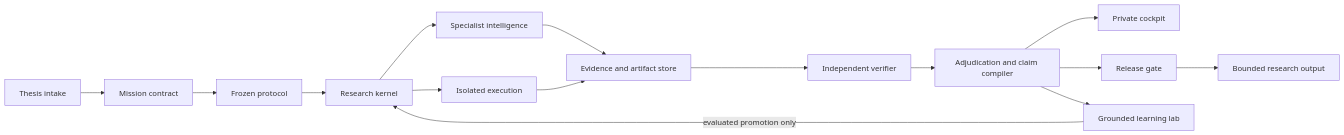
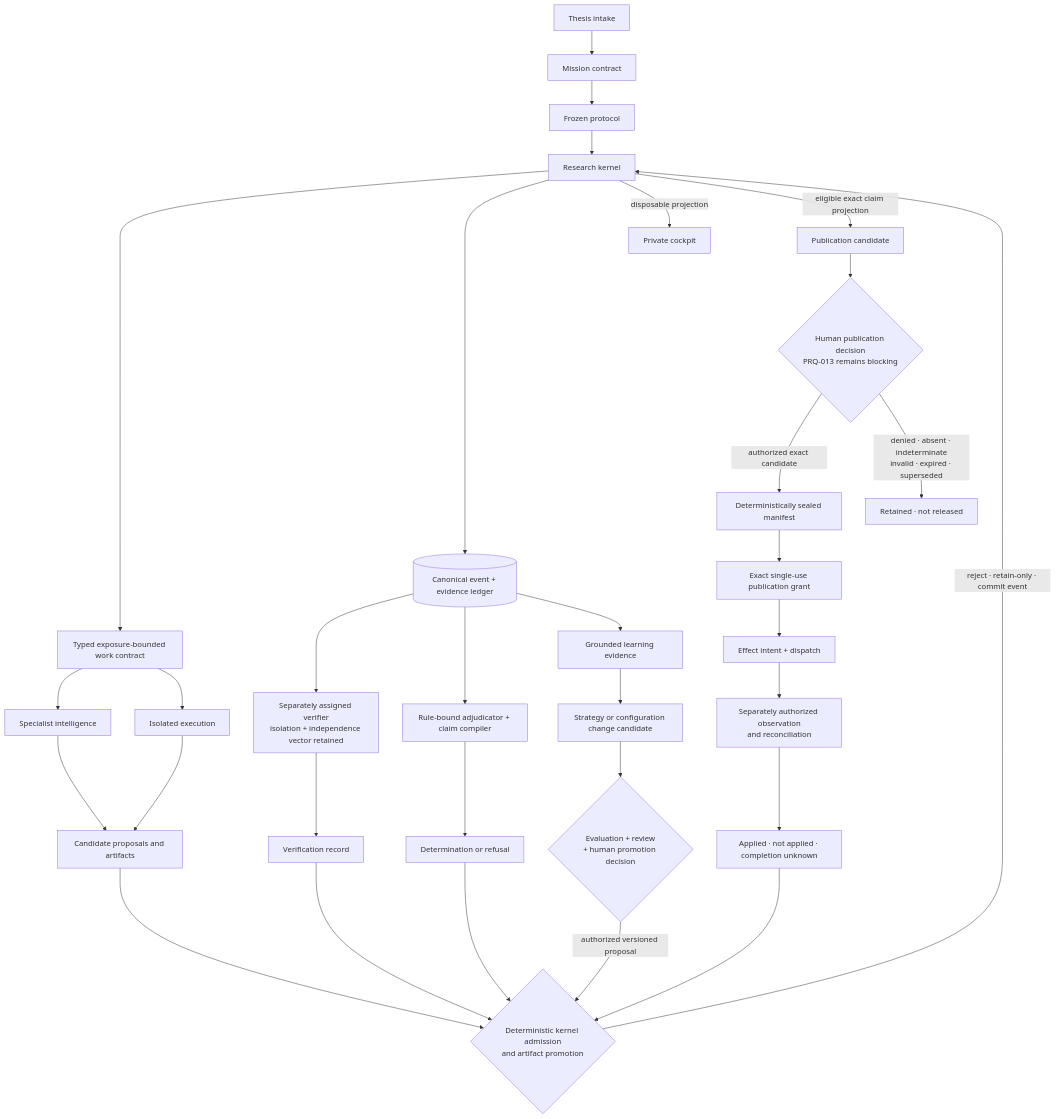
One commit to manfromnowhere143/odeya changed the first of 3 diagrams in docs/ARCHITECTURE.md. Above: the diagram before and after it, drawn with Mermaid. The commit also changed other lines of this file and 84 other files, not shown here.

First line of the commit message:
architecture: construct odeya-jcs-0.3 candidate

````diff
--- a/docs/ARCHITECTURE.md
+++ b/docs/ARCHITECTURE.md
@@ -11,17 +11,34 @@
 ```mermaid
-flowchart LR
+flowchart TB
     T[Thesis intake] --> C[Mission contract]
     C --> P[Frozen protocol]
     P --> K[Research kernel]
-    K --> I[Specialist intelligence]
-    K --> X[Isolated execution]
-    I --> E[Evidence and artifact store]
-    X --> E
-    E --> V[Independent verifier]
-    V --> A[Adjudication and claim compiler]
-    A --> U[Private cockpit]
-    A --> R[Release gate]
-    R --> O[Bounded research output]
-    A --> L[Grounded learning lab]
-    L -->|evaluated promotion only| K
+    K --> W[Typed exposure-bounded work contract]
+    W --> I[Specialist intelligence]
+    W --> X[Isolated execution]
+    I --> CA[Candidate proposals and artifacts]
+    X --> CA
+    CA --> G{Deterministic kernel admission<br/>and artifact promotion}
+    G -->|reject · retain-only · commit event| K
+    K --> E[(Canonical event + evidence ledger)]
+    E --> V[Separately assigned verifier<br/>isolation + independence vector retained]
+    V --> VR[Verification record]
+    VR --> G
+    E --> A[Rule-bound adjudicator + claim compiler]
+    A --> AD[Determination or refusal]
+    AD --> G
+    K -->|disposable projection| U[Private cockpit]
+    E --> L[Grounded learning evidence]
+    L --> LC[Strategy or configuration change candidate]
+    LC --> Q{Evaluation + review<br/>+ human promotion decision}
+    Q -->|authorized versioned proposal| G
+    K -->|eligible exact claim projection| PC[Publication candidate]
+    PC --> HD{Human publication decision<br/>PRQ-013 remains blocking}
+    HD -->|authorized exact candidate| PM[Deterministically sealed manifest]
+    HD -->|denied · absent · indeterminate<br/>invalid · expired · superseded| NR[Retained · not released]
+    PM --> PG[Exact single-use publication grant]
+    PG --> EE[Effect intent + dispatch]
+    EE --> OO[Separately authorized observation<br/>and reconciliation]
+    OO --> RS[Applied · not applied · completion unknown]
+    RS --> G
 ```
````
